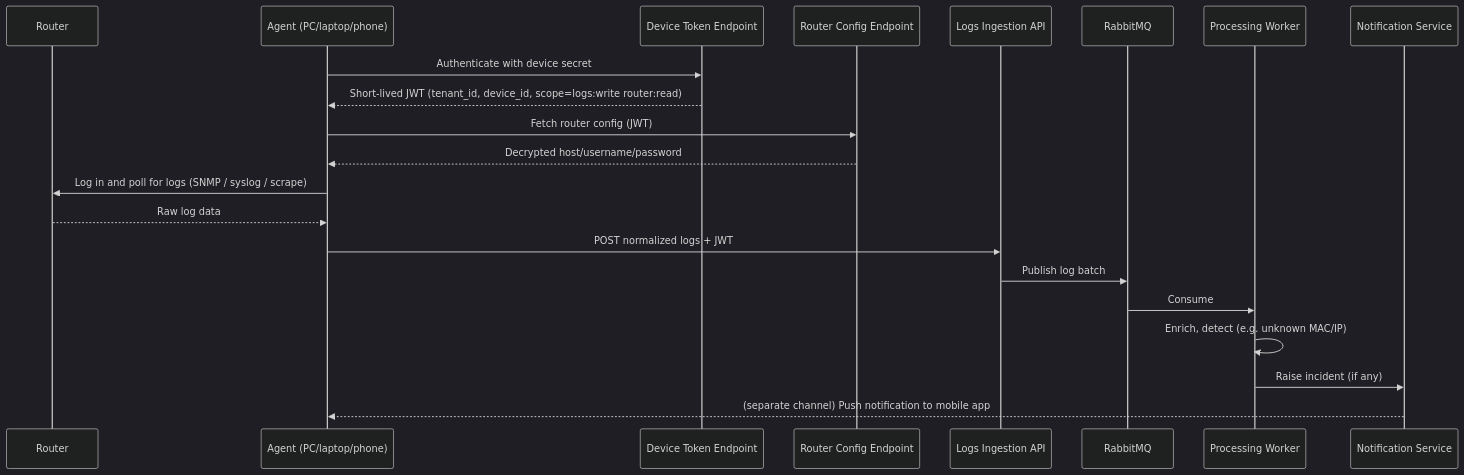
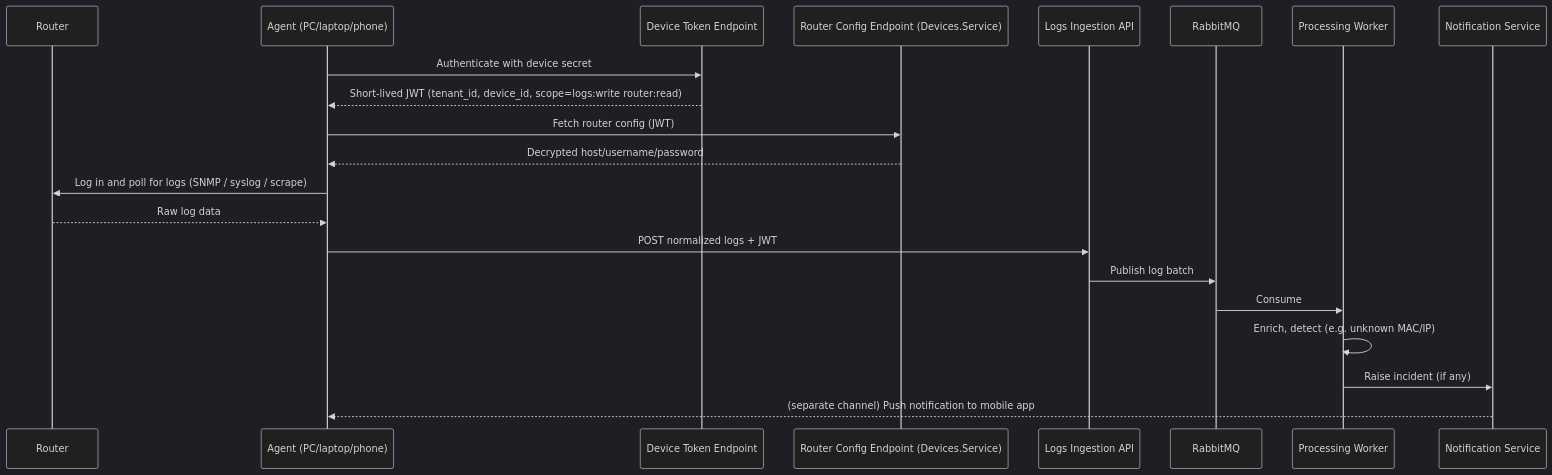
Before and after one commit to dzaba1/HomeSecurity: the diagram in docs/architecture/05-agents-and-ingestion.md, drawn with Mermaid (dark theme). The commit also changed 6 other files, not shown here.

First line of the commit message:
Update docs for the agent router-config endpoint and device tokens

````diff
--- a/docs/architecture/05-agents-and-ingestion.md
+++ b/docs/architecture/05-agents-and-ingestion.md
@@ -62,24 +62,24 @@
 ```mermaid
 sequenceDiagram
   participant R as Router
   participant A as Agent (PC/laptop/phone)
   participant T as Device Token Endpoint
-  participant C as Router Config Endpoint
+  participant C as Router Config Endpoint (Devices.Service)
   participant I as Logs Ingestion API
   participant Q as RabbitMQ
   participant W as Processing Worker
   participant N as Notification Service
 
   A->>T: Authenticate with device secret
   T-->>A: Short-lived JWT (tenant_id, device_id, scope=logs:write router:read)
   A->>C: Fetch router config (JWT)
   C-->>A: Decrypted host/username/password
   A->>R: Log in and poll for logs (SNMP / syslog / scrape)
   R-->>A: Raw log data
   A->>I: POST normalized logs + JWT
   I->>Q: Publish log batch
   Q->>W: Consume
   W->>W: Enrich, detect (e.g. unknown MAC/IP)
   W->>N: Raise incident (if any)
   N-->>A: (separate channel) Push notification to mobile app
 ```
````
